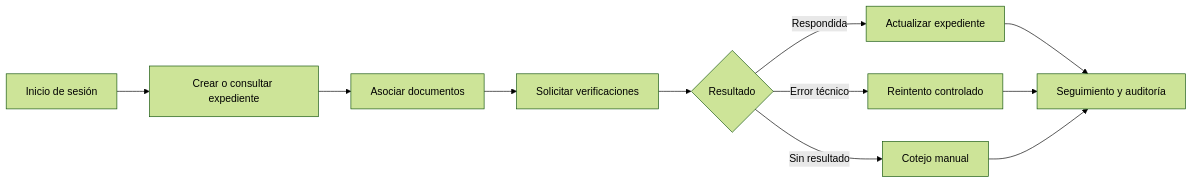
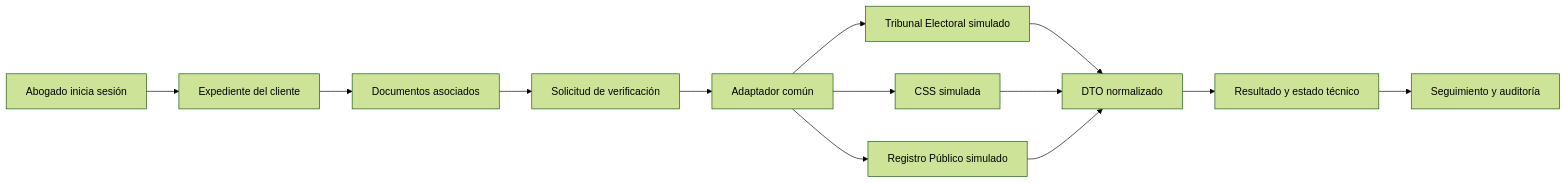
The diagram in README.md (Death272004/Tr-mites-Migratorios), drawn with Mermaid (forest theme) before and after one commit. The commit also changed other lines of this file, not shown here.

Commit message:
docs: mejorar README principal del proyecto

````diff
--- a/README.md
+++ b/README.md
@@ -32,13 +42,15 @@
 ```mermaid
 flowchart LR
-    A[Inicio de sesión] --> B[Crear o consultar expediente]
-    B --> C[Asociar documentos]
-    C --> D[Solicitar verificaciones]
-    D --> E{Resultado}
-    E -->|Respondida| F[Actualizar expediente]
-    E -->|Error técnico| G[Reintento controlado]
-    E -->|Sin resultado| H[Cotejo manual]
-    F --> I[Seguimiento y auditoría]
+    A[Abogado inicia sesión] --> B[Expediente del cliente]
+    B --> C[Documentos asociados]
+    C --> D[Solicitud de verificación]
+    D --> E[Adaptador común]
+    E --> F[Tribunal Electoral simulado]
+    E --> G[CSS simulada]
+    E --> H[Registro Público simulado]
+    F --> I[DTO normalizado]
     G --> I
     H --> I
+    I --> J[Resultado y estado técnico]
+    J --> K[Seguimiento y auditoría]
 ```
````
